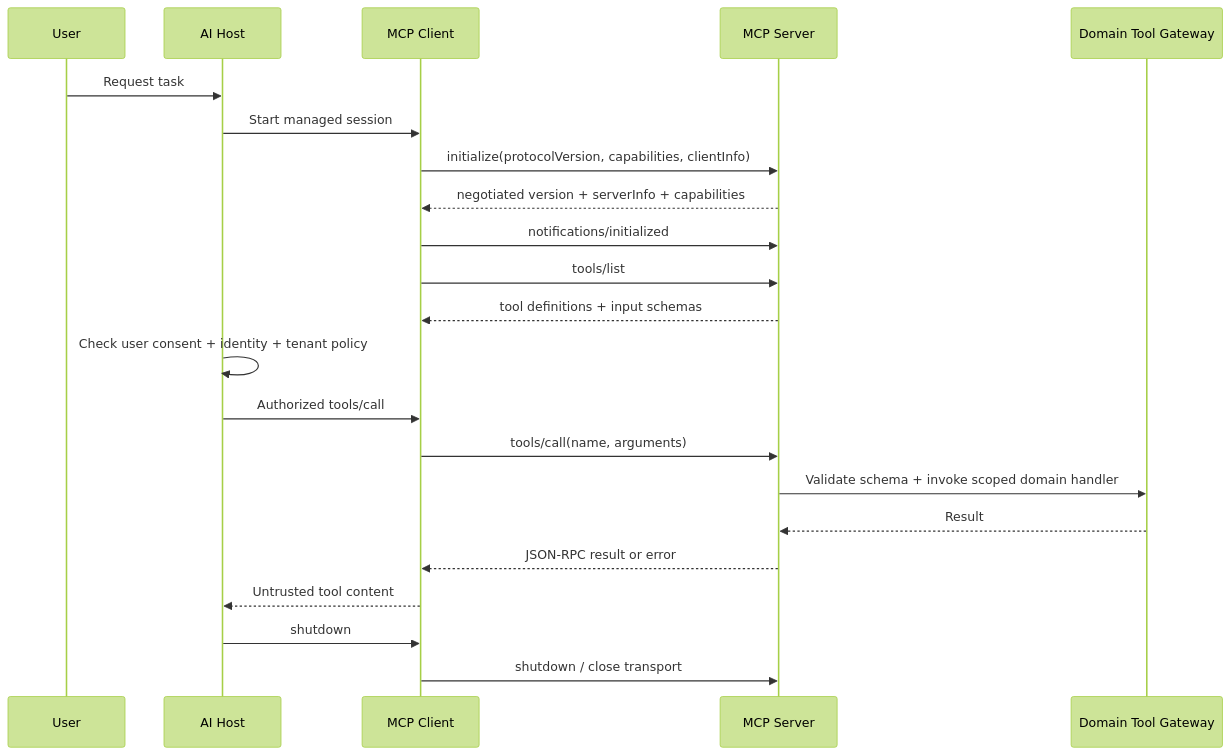
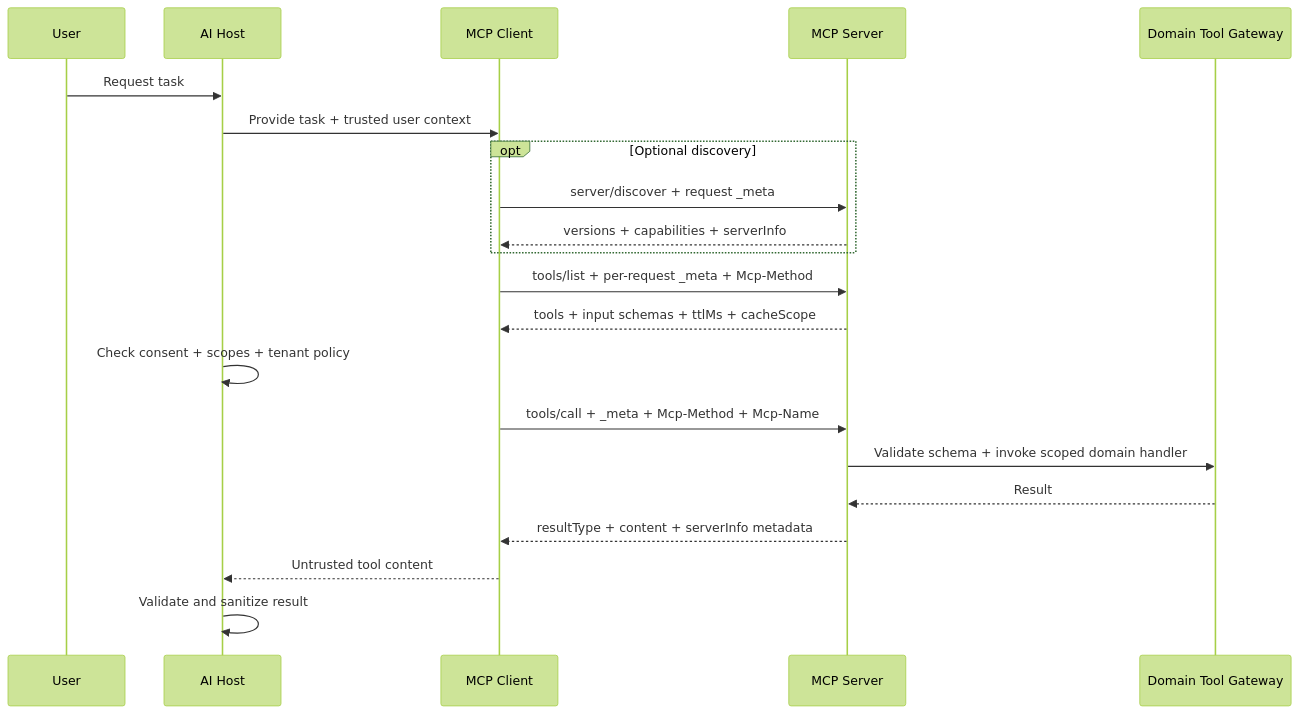
Before and after one commit to ashvins1912/AI-Engineering-Academy: the diagram in content/topics/mcp-architecture/mcp-lifecycle.mmd, drawn with Mermaid (forest theme).

Commit message:
Update MCP diagram to stateless 2026-07-28 lifecycle

```diff
--- a/content/topics/mcp-architecture/mcp-lifecycle.mmd
+++ b/content/topics/mcp-architecture/mcp-lifecycle.mmd
@@ -1,22 +1,21 @@
 sequenceDiagram
  participant U as User
  participant H as AI Host
  participant C as MCP Client
  participant S as MCP Server
  participant G as Domain Tool Gateway
  U->>H: Request task
- H->>C: Start managed session
- C->>S: initialize(protocolVersion, capabilities, clientInfo)
- S-->>C: negotiated version + serverInfo + capabilities
- C->>S: notifications/initialized
- C->>S: tools/list
- S-->>C: tool definitions + input schemas
- H->>H: Check user consent + identity + tenant policy
- H->>C: Authorized tools/call
- C->>S: tools/call(name, arguments)
+ H->>C: Provide task + trusted user context
+ opt Optional discovery
+  C->>S: server/discover + request _meta
+  S-->>C: versions + capabilities + serverInfo
+ end
+ C->>S: tools/list + per-request _meta + Mcp-Method
+ S-->>C: tools + input schemas + ttlMs + cacheScope
+ H->>H: Check consent + scopes + tenant policy
+ C->>S: tools/call + _meta + Mcp-Method + Mcp-Name
  S->>G: Validate schema + invoke scoped domain handler
  G-->>S: Result
- S-->>C: JSON-RPC result or error
+ S-->>C: resultType + content + serverInfo metadata
  C-->>H: Untrusted tool content
- H->>C: shutdown
- C->>S: shutdown / close transport
+ H->>H: Validate and sanitize result
```
